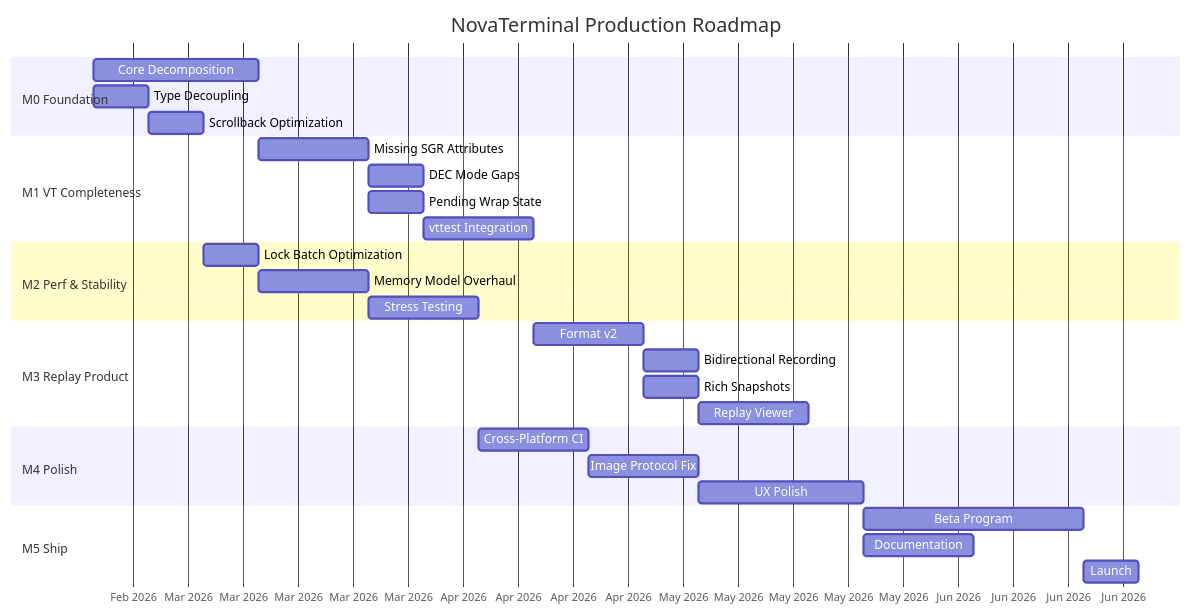
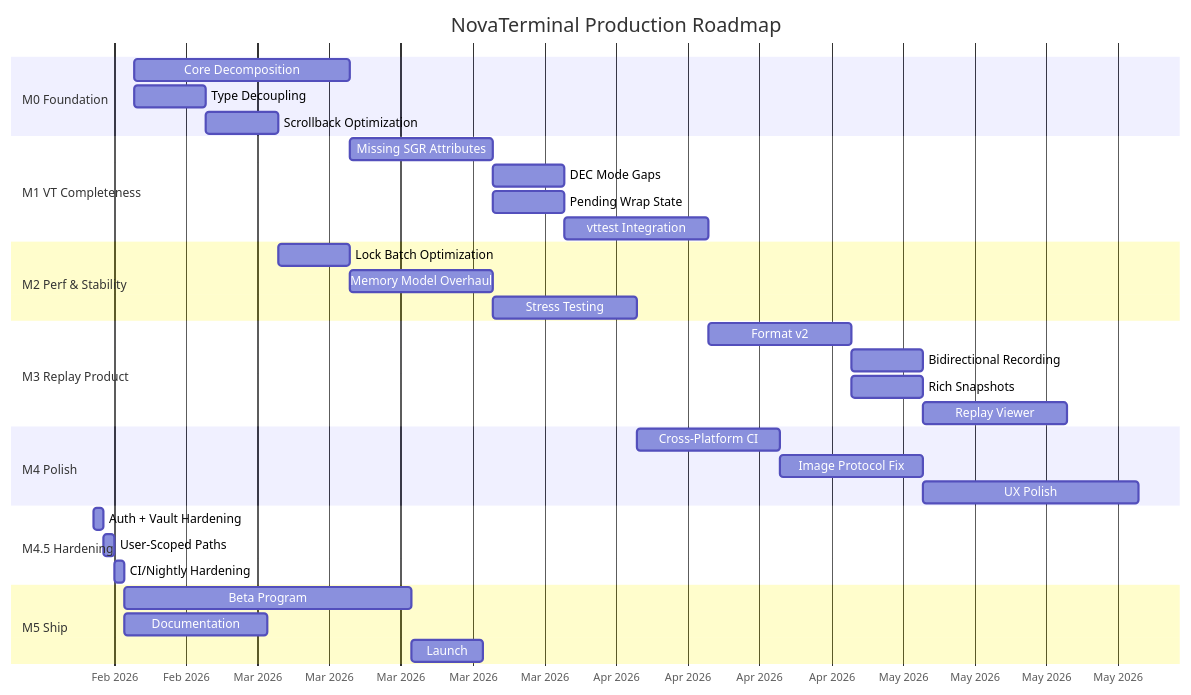
The first of 2 diagrams in documents/PRODUCTION_ROADMAP.md (benyblack/NovaTerminal), drawn with Mermaid before and after one commit. The commit also changed other lines of this file and 2 other files, not shown here.

Commit message:
Update reamde and roadmap

````diff
--- a/documents/PRODUCTION_ROADMAP.md
+++ b/documents/PRODUCTION_ROADMAP.md
@@ -10,38 +26,43 @@
 ```mermaid
 gantt
     title NovaTerminal Production Roadmap
     dateFormat  YYYY-MM-DD
     axisFormat  %b %Y
 
     section M0 Foundation
     Core Decomposition        :m0a, 2026-02-17, 3w
     Type Decoupling           :m0b, 2026-02-17, 1w
     Scrollback Optimization   :m0c, 2026-02-24, 1w
 
     section M1 VT Completeness
     Missing SGR Attributes    :m1a, after m0a, 2w
     DEC Mode Gaps             :m1b, after m1a, 1w
     Pending Wrap State        :m1c, after m1a, 1w
     vttest Integration        :m1d, after m1b, 2w
 
     section M2 Perf & Stability
     Lock Batch Optimization   :m2a, after m0c, 1w
     Memory Model Overhaul     :m2b, after m2a, 2w
     Stress Testing            :m2c, after m2b, 2w
 
     section M3 Replay Product
     Format v2                 :m3a, after m1d, 2w
     Bidirectional Recording   :m3b, after m3a, 1w
     Rich Snapshots            :m3c, after m3a, 1w
     Replay Viewer             :m3d, after m3b, 2w
 
     section M4 Polish
     Cross-Platform CI         :m4a, after m2c, 2w
     Image Protocol Fix        :m4b, after m4a, 2w
     UX Polish                 :m4c, after m4b, 3w
 
+    section M4.5 Hardening
+    Auth + Vault Hardening    :m45a, 2026-02-13, 1d
+    User-Scoped Paths         :m45b, after m45a, 1d
+    CI/Nightly Hardening      :m45c, after m45b, 1d
+
     section M5 Ship
-    Beta Program              :m5a, after m4c, 4w
-    Documentation             :m5b, after m4c, 2w
+    Beta Program              :m5a, after m45c, 4w
+    Documentation             :m5b, after m45c, 2w
     Launch                    :m5c, after m5a, 1w
 ```
````
